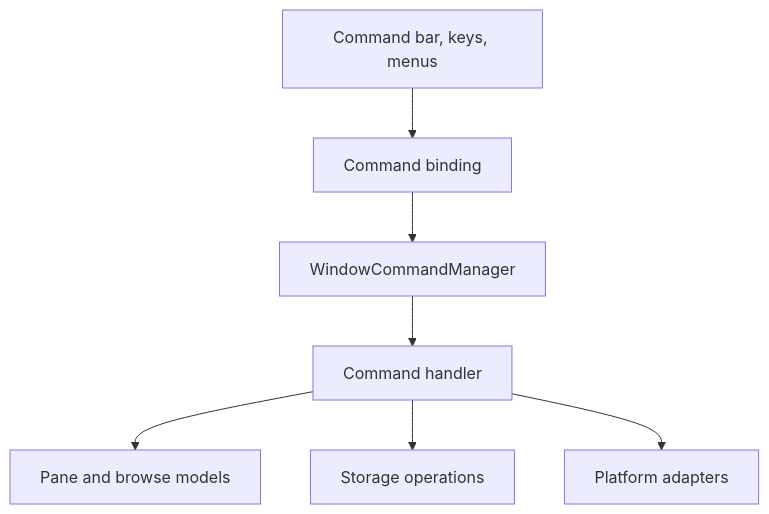
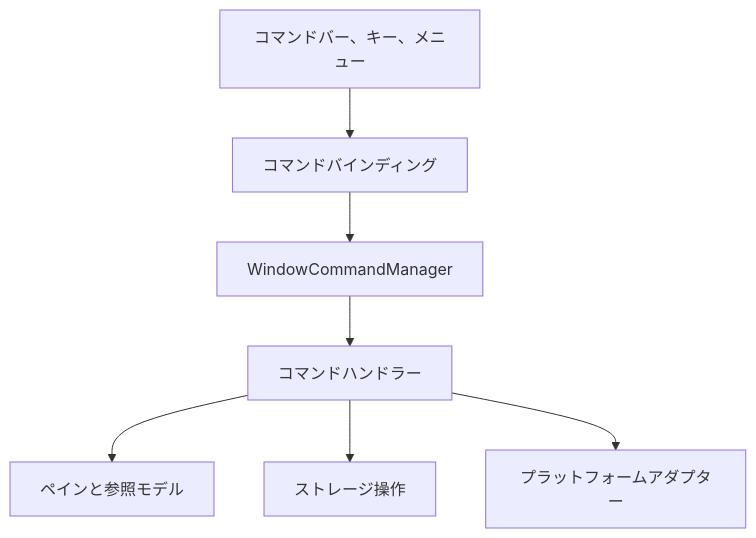
The first of 3 diagrams in docs/architecture/commands.md (0x5bfa/Files), drawn with Mermaid before and after one commit. The commit also changed other lines of this file and 18 other files, not shown here.

Commit message:
Translate architecture docs to Japanese

````diff
--- a/docs/architecture/commands.md
+++ b/docs/architecture/commands.md
@@ -31,17 +26,17 @@
 ```mermaid
 flowchart TB
-    Surfaces["Command bar, keys, menus"]
-    Binding["Command binding"]
+    Surfaces["コマンドバー、キー、メニュー"]
+    Binding["コマンドバインディング"]
     Manager["WindowCommandManager"]
-    Handler["Command handler"]
-    Models["Pane and browse models"]
-    Operations["Storage operations"]
-    Platform["Platform adapters"]
+    Handler["コマンドハンドラー"]
+    Models["ペインと参照モデル"]
+    Operations["ストレージ操作"]
+    Platform["プラットフォームアダプター"]
 
     Surfaces --> Binding
     Binding --> Manager
     Manager --> Handler
     Handler --> Models
     Handler --> Operations
     Handler --> Platform
 ```
````
